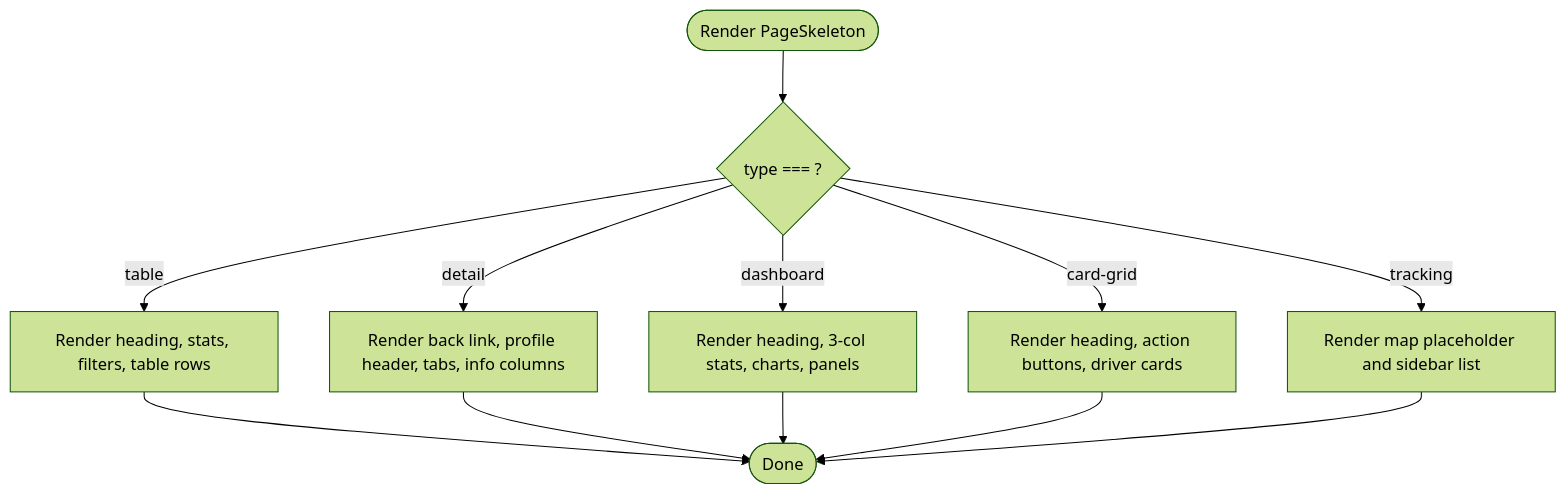
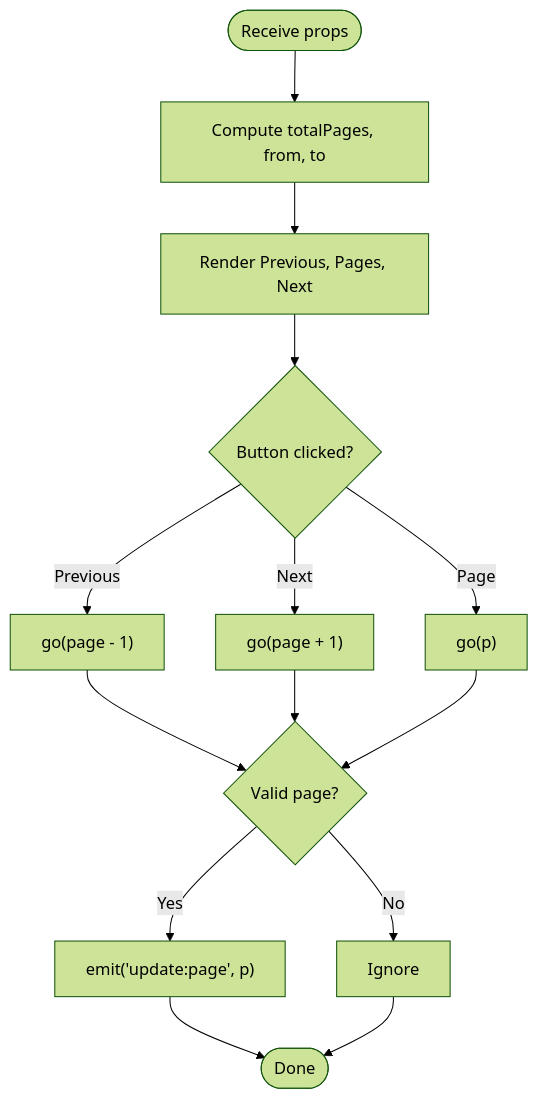
One commit to Lazynerd-Studios/lacarte-atlas-console changed the fifth of 9 diagrams in .qoder/repowiki/en/content/Core UI Components/Core UI Components.md. Above: the diagram before and after it, drawn with Mermaid (forest theme). The commit also changed other lines of this file and 139 other files, not shown here.

````diff
--- a/.qoder/repowiki/en/content/Core UI Components/Core UI Components.md
+++ b/.qoder/repowiki/en/content/Core UI Components/Core UI Components.md
@@ -249,14 +297,16 @@
 ```mermaid
 flowchart TD
-Start(["Render PageSkeleton"]) --> CheckType{"type === ?"}
-CheckType --> |table| RenderTable["Render heading, stats, filters, table rows"]
-CheckType --> |detail| RenderDetail["Render back link, profile header, tabs, info columns"]
-CheckType --> |dashboard| RenderDashboard["Render heading, 3-col stats, charts, panels"]
-CheckType --> |card-grid| RenderCardGrid["Render heading, action buttons, driver cards"]
-CheckType --> |tracking| RenderTracking["Render map placeholder and sidebar list"]
-RenderTable --> End(["Done"])
-RenderDetail --> End
-RenderDashboard --> End
-RenderCardGrid --> End
-RenderTracking --> End
+Init(["Receive props"]) --> Compute["Compute totalPages, from, to"]
+Compute --> Render["Render Previous, Pages, Next"]
+Render --> Click{"Button clicked?"}
+Click --> |Previous| Prev["go(page - 1)"]
+Click --> |Next| Next["go(page + 1)"]
+Click --> |Page| GoP["go(p)"]
+Prev --> Validate{"Valid page?"}
+Next --> Validate
+GoP --> Validate
+Validate --> |Yes| Emit["emit('update:page', p)"]
+Validate --> |No| Ignore["Ignore"]
+Emit --> End(["Done"])
+Ignore --> End
 ```
````
